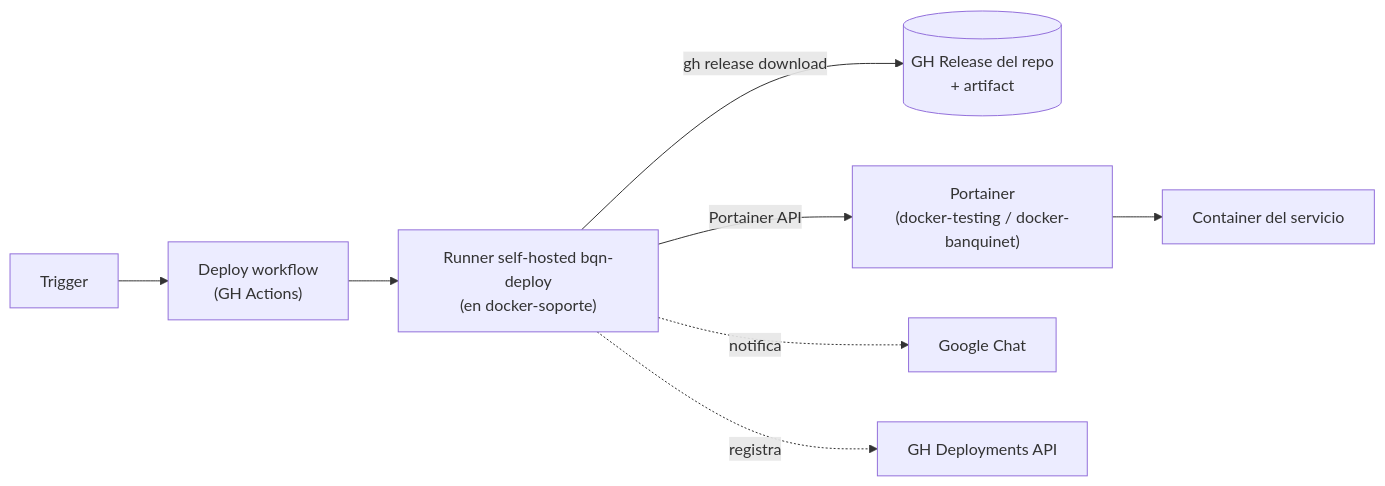
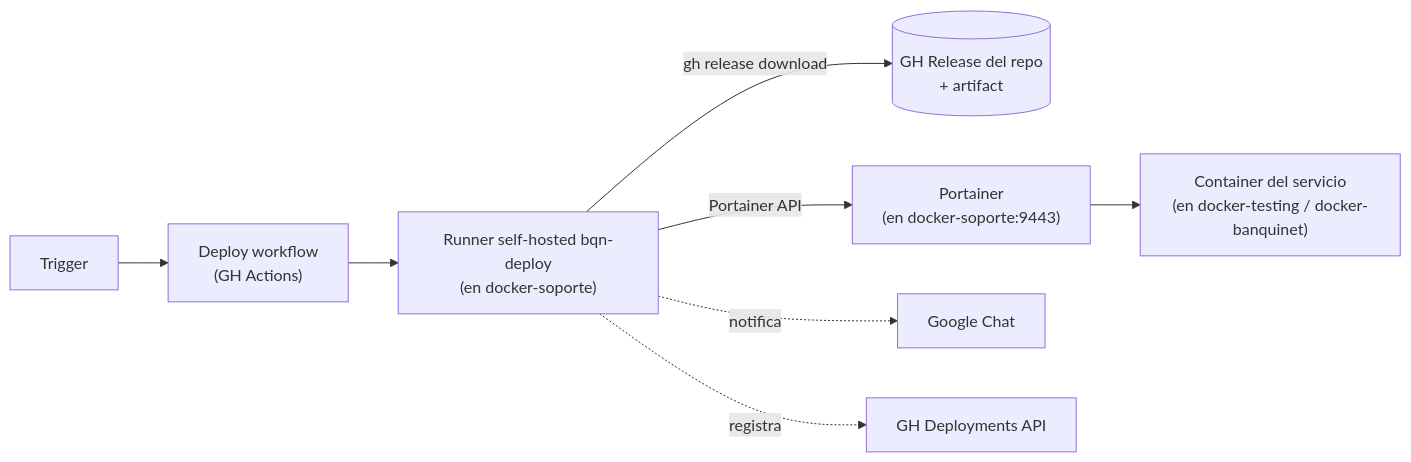
Before and after one commit to BQN-UY/CI-CD: the fifth of 6 diagrams in docs/v2-hito2-deploy-spec.md, drawn with Mermaid. The commit also changed other lines of this file, not shown here.

Commit message:
docs(spec): tres correcciones de la 6ª pasada de Copilot
- Header tracking: ref a docs/v2-sin-jenkins-roadmap.md (que aún
  marca Hito 3 bloqueado y Hito 2bis pendiente, contradictorio con
  este spec) reemplazada por #109 + banquinet#3 que son los trackers
  operativos vivos. La actualización del roadmap queda para otro PR.
- §8.1: corregido label de Portainer ('docker-testing / docker-
  banquinet' eran endpoints, no la instancia); ahora el flowchart
  ubica Portainer en docker-soporte:9443 y los containers en los
  hosts gestionados.
- §D6: removida la condicional 'sujeto a confirmación C1' que era
  staleness con C1 cerrada; ahora dice 'modelo Opción C de §C1'.

````diff
--- a/docs/v2-hito2-deploy-spec.md
+++ b/docs/v2-hito2-deploy-spec.md
@@ -372,10 +372,10 @@
 ```mermaid
 flowchart LR
     Trigger["Trigger"] --> Workflow["Deploy workflow<br/>(GH Actions)"]
     Workflow --> Runner["Runner self-hosted bqn-deploy<br/>(en docker-soporte)"]
     Runner -->|gh release download| Release[("GH Release del repo<br/>+ artifact")]
-    Runner -->|Portainer API| Portainer["Portainer<br/>(docker-testing / docker-banquinet)"]
-    Portainer --> Container["Container del servicio"]
+    Runner -->|Portainer API| Portainer["Portainer<br/>(en docker-soporte:9443)"]
+    Portainer --> Container["Container del servicio<br/>(en docker-testing / docker-banquinet)"]
     Runner -.->|notifica| Chat["Google Chat"]
     Runner -.->|registra| Deployments["GH Deployments API"]
 ```
````
